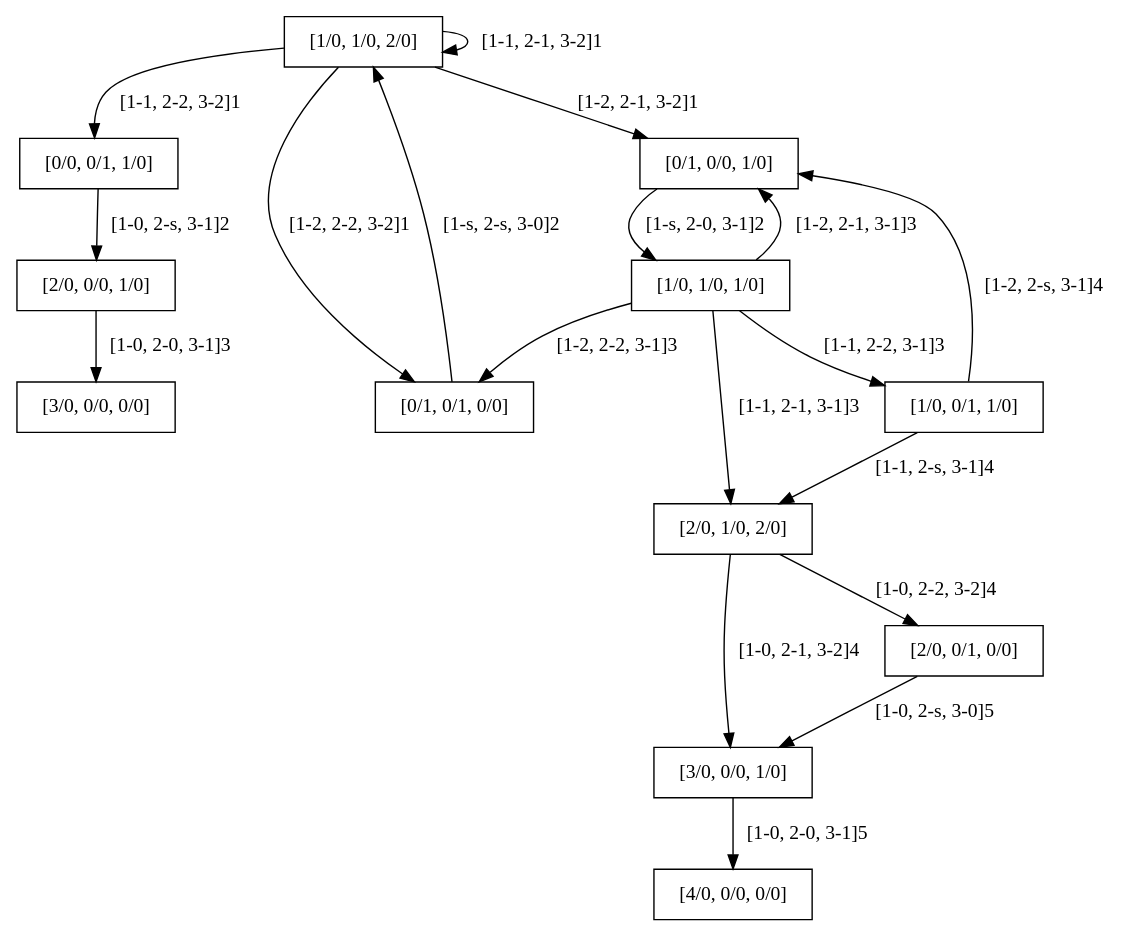
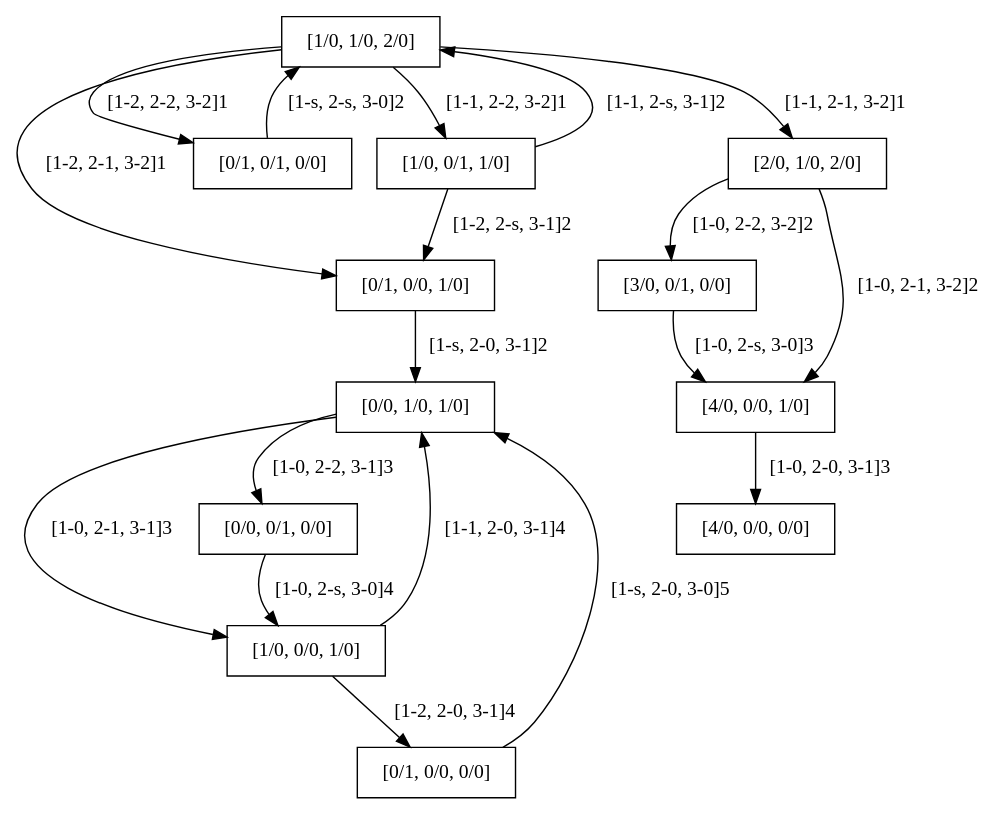
One commit to pizts/A-Simulator-Tool-for-Spiking-Neural-P-Systems changed the diagram in test-output_pdf/round-table.gv. Above: the diagram before and after it, drawn with Graphviz. The commit also changed 6 other files, not shown here.

```diff
--- a/test-output_pdf/round-table.gv
+++ b/test-output_pdf/round-table.gv
@@ -1,33 +1,33 @@
 // The Round Table
 digraph {
 	returnSNP_0 [label="[1/0, 1/0, 2/0]" shape=box]
-	returnSNP_1 [label="[0/0, 0/1, 1/0]" shape=box]
-		returnSNP_0 -> returnSNP_1 [label="[1-1, 2-2, 3-2]1"]
-	returnSNP_2 [label="[0/1, 0/0, 1/0]" shape=box]
-		returnSNP_0 -> returnSNP_2 [label="[1-2, 2-1, 3-2]1"]
-	returnSNP_3 [label="[0/1, 0/1, 0/0]" shape=box]
-		returnSNP_0 -> returnSNP_3 [label="[1-2, 2-2, 3-2]1"]
-		returnSNP_0 -> returnSNP_0 [label="[1-1, 2-1, 3-2]1"]
-	returnSNP_4 [label="[2/0, 0/0, 1/0]" shape=box]
-		returnSNP_1 -> returnSNP_4 [label="[1-0, 2-s, 3-1]2"]
-	returnSNP_5 [label="[1/0, 1/0, 1/0]" shape=box]
-		returnSNP_2 -> returnSNP_5 [label="[1-s, 2-0, 3-1]2"]
-		returnSNP_3 -> returnSNP_0 [label="[1-s, 2-s, 3-0]2"]
-	returnSNP_6 [label="[3/0, 0/0, 0/0]" shape=box]
-		returnSNP_4 -> returnSNP_6 [label="[1-0, 2-0, 3-1]3"]
-		returnSNP_5 -> returnSNP_2 [label="[1-2, 2-1, 3-1]3"]
-	returnSNP_7 [label="[1/0, 0/1, 1/0]" shape=box]
-		returnSNP_5 -> returnSNP_7 [label="[1-1, 2-2, 3-1]3"]
-	returnSNP_8 [label="[2/0, 1/0, 2/0]" shape=box]
-		returnSNP_5 -> returnSNP_8 [label="[1-1, 2-1, 3-1]3"]
-		returnSNP_5 -> returnSNP_3 [label="[1-2, 2-2, 3-1]3"]
-		returnSNP_7 -> returnSNP_8 [label="[1-1, 2-s, 3-1]4"]
-		returnSNP_7 -> returnSNP_2 [label="[1-2, 2-s, 3-1]4"]
-	returnSNP_9 [label="[2/0, 0/1, 0/0]" shape=box]
-		returnSNP_8 -> returnSNP_9 [label="[1-0, 2-2, 3-2]4"]
-	returnSNP_10 [label="[3/0, 0/0, 1/0]" shape=box]
-		returnSNP_8 -> returnSNP_10 [label="[1-0, 2-1, 3-2]4"]
-		returnSNP_9 -> returnSNP_10 [label="[1-0, 2-s, 3-0]5"]
-	returnSNP_11 [label="[4/0, 0/0, 0/0]" shape=box]
-		returnSNP_10 -> returnSNP_11 [label="[1-0, 2-0, 3-1]5"]
+	returnSNP_1 [label="[0/1, 0/0, 1/0]" shape=box]
+		returnSNP_0 -> returnSNP_1 [label="[1-2, 2-1, 3-2]1"]
+	returnSNP_2 [label="[0/1, 0/1, 0/0]" shape=box]
+		returnSNP_0 -> returnSNP_2 [label="[1-2, 2-2, 3-2]1"]
+	returnSNP_3 [label="[1/0, 0/1, 1/0]" shape=box]
+		returnSNP_0 -> returnSNP_3 [label="[1-1, 2-2, 3-2]1"]
+	returnSNP_4 [label="[2/0, 1/0, 2/0]" shape=box]
+		returnSNP_0 -> returnSNP_4 [label="[1-1, 2-1, 3-2]1"]
+	returnSNP_5 [label="[0/0, 1/0, 1/0]" shape=box]
+		returnSNP_1 -> returnSNP_5 [label="[1-s, 2-0, 3-1]2"]
+		returnSNP_2 -> returnSNP_0 [label="[1-s, 2-s, 3-0]2"]
+		returnSNP_3 -> returnSNP_1 [label="[1-2, 2-s, 3-1]2"]
+		returnSNP_3 -> returnSNP_0 [label="[1-1, 2-s, 3-1]2"]
+	returnSNP_6 [label="[3/0, 0/1, 0/0]" shape=box]
+		returnSNP_4 -> returnSNP_6 [label="[1-0, 2-2, 3-2]2"]
+	returnSNP_7 [label="[4/0, 0/0, 1/0]" shape=box]
+		returnSNP_4 -> returnSNP_7 [label="[1-0, 2-1, 3-2]2"]
+	returnSNP_8 [label="[1/0, 0/0, 1/0]" shape=box]
+		returnSNP_5 -> returnSNP_8 [label="[1-0, 2-1, 3-1]3"]
+	returnSNP_9 [label="[0/0, 0/1, 0/0]" shape=box]
+		returnSNP_5 -> returnSNP_9 [label="[1-0, 2-2, 3-1]3"]
+		returnSNP_6 -> returnSNP_7 [label="[1-0, 2-s, 3-0]3"]
+	returnSNP_10 [label="[4/0, 0/0, 0/0]" shape=box]
+		returnSNP_7 -> returnSNP_10 [label="[1-0, 2-0, 3-1]3"]
+	returnSNP_11 [label="[0/1, 0/0, 0/0]" shape=box]
+		returnSNP_8 -> returnSNP_11 [label="[1-2, 2-0, 3-1]4"]
+		returnSNP_8 -> returnSNP_5 [label="[1-1, 2-0, 3-1]4"]
+		returnSNP_9 -> returnSNP_8 [label="[1-0, 2-s, 3-0]4"]
+		returnSNP_11 -> returnSNP_5 [label="[1-s, 2-0, 3-0]5"]
 }
```
